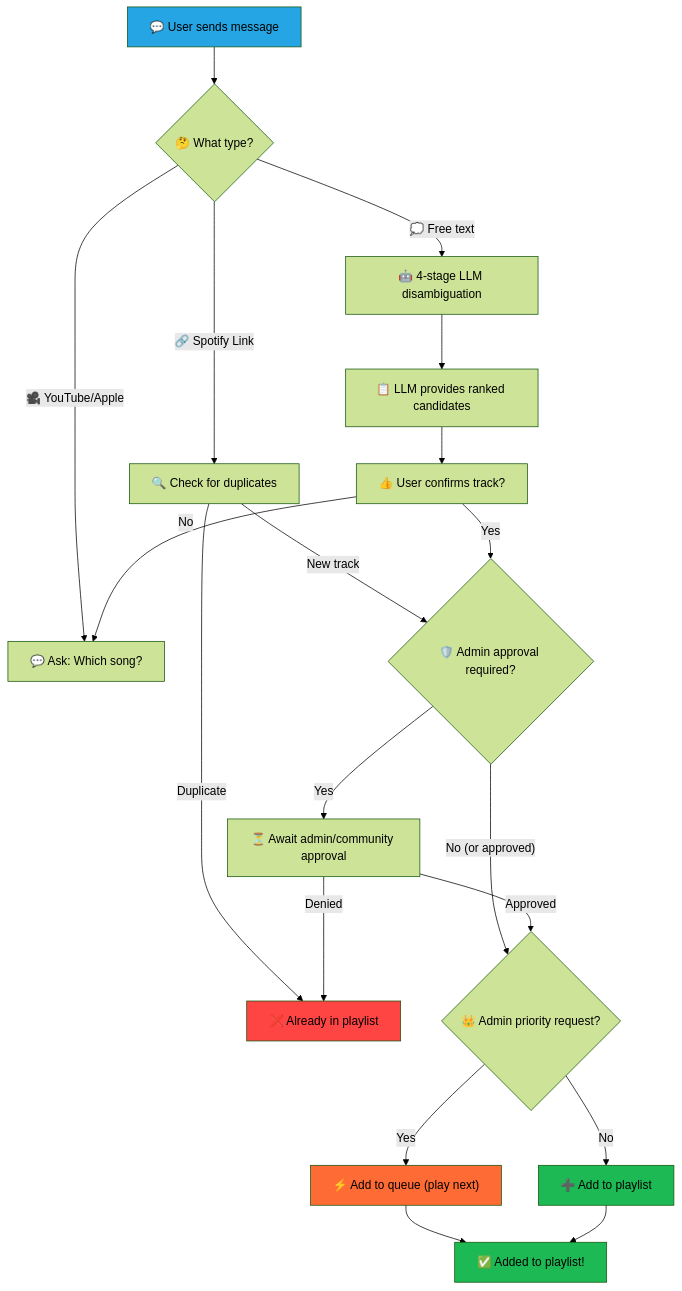
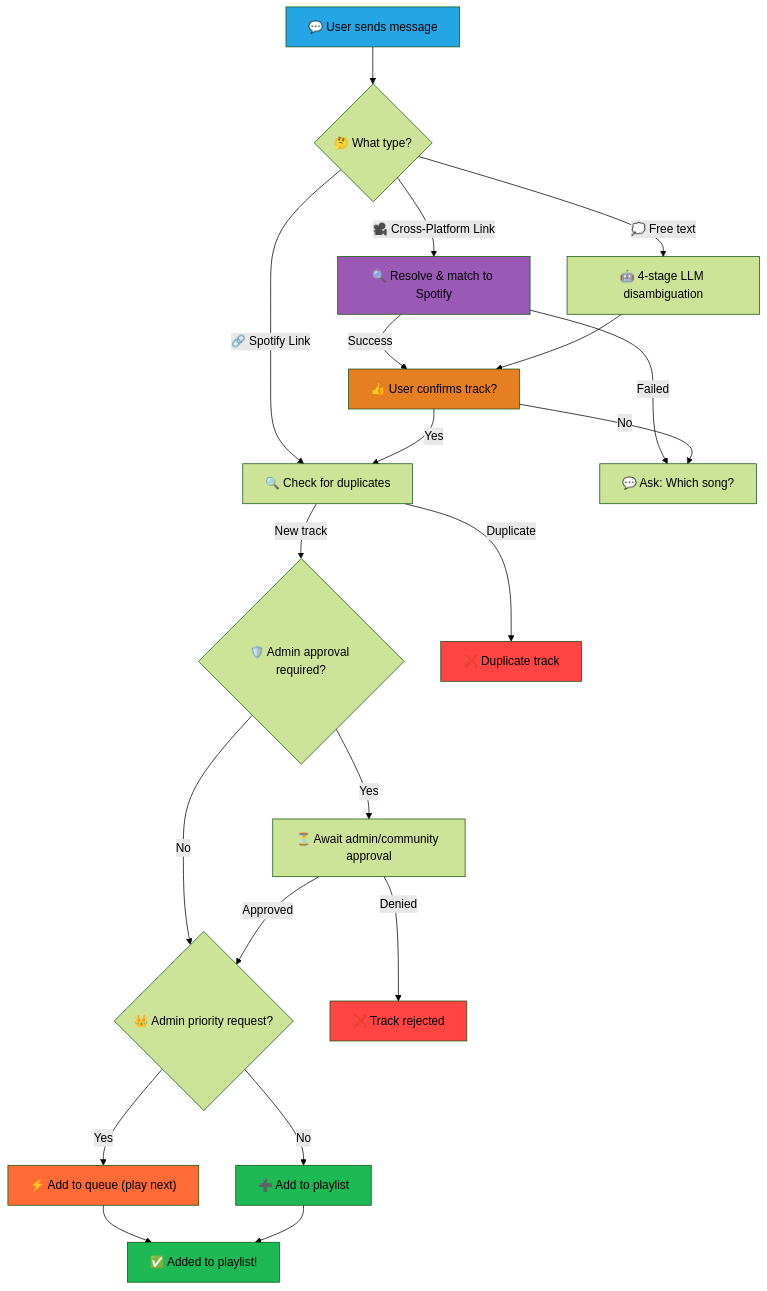
The diagram in README.md (Enteee/DJAlgoRhythm), drawn with Mermaid (forest theme) before and after one commit. The commit also changed other lines of this file and 26 other files, not shown here.

````diff
--- a/README.md
+++ b/README.md
@@ -325,33 +344,39 @@
 ```mermaid
 graph TD
     A["💬 User sends message"] --> B{"🤔 What type?"}
     B -->|"🔗 Spotify Link"| C1["🔍 Check for duplicates"]
-    B -->|"🎥 YouTube/Apple"| D["💬 Ask: Which song?"]
+    B -->|"🎥 Cross-Platform Link"| C3["🔍 Resolve & match to Spotify"]
     B -->|"💭 Free text"| E["🤖 4-stage LLM disambiguation"]
 
+    C3 -->|"Success"| CONFIRM["👍 User confirms track?"]
+    C3 -->|"Failed"| D["💬 Ask: Which song?"]
+
     C1 -->|"New track"| C2{"🛡️ Admin approval required?"}
-    C1 -->|"Duplicate"| REJECT["❌ Already in playlist"]
+    C1 -->|"Duplicate"| REJECT_DUP["❌ Duplicate track"]
 
-    E --> F["📋 LLM provides ranked candidates"]
-    F --> G["👍 User confirms track?"]
-    G -->|"Yes"| C2
-    G -->|"No"| D
+    E --> CONFIRM
+
+    CONFIRM -->|"Yes"| C1
+    CONFIRM -->|"No"| D
 
     C2 -->|"Yes"| ADMIN["⏳ Await admin/community approval"]
-    C2 -->|"No (or approved)"| PRIORITY{"👑 Admin priority request?"}
+    C2 -->|"No"| PRIORITY{"👑 Admin priority request?"}
 
     ADMIN -->|"Approved"| PRIORITY
-    ADMIN -->|"Denied"| REJECT
+    ADMIN -->|"Denied"| REJECT_DENY["❌ Track rejected"]
 
     PRIORITY -->|"Yes"| QUEUE["⚡ Add to queue (play next)"]
     PRIORITY -->|"No"| PLAYLIST["➕ Add to playlist"]
 
     QUEUE --> J["✅ Priority track queued!"]
     PLAYLIST --> J["✅ Added to playlist!"]
 
     style PLAYLIST fill:#1DB954
     style QUEUE fill:#FF6B35
     style J fill:#1DB954
     style A fill:#26A5E4
-    style REJECT fill:#FF4444
+    style REJECT_DUP fill:#FF4444
+    style REJECT_DENY fill:#FF4444
+    style CONFIRM fill:#E67E22
+    style C3 fill:#9B59B6
 ```
````
